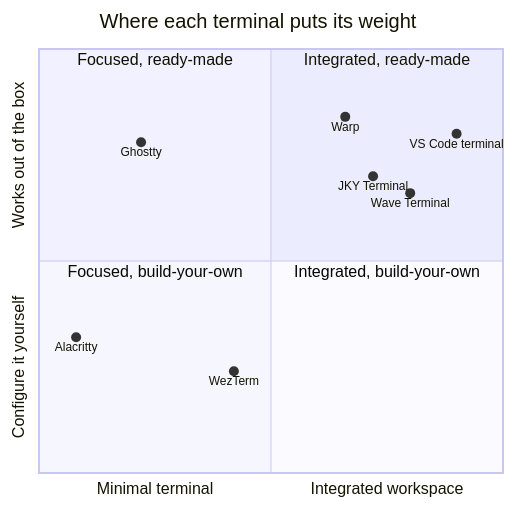
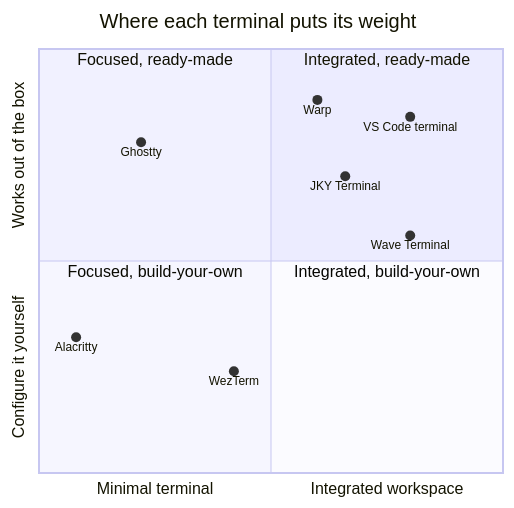
Before and after one commit to kartikeyajay2006/jky-terminal: the diagram in docs/comparison.md, drawn with Mermaid. The commit also changed 29 other files, not shown here.

````diff
--- a/docs/comparison.md
+++ b/docs/comparison.md
@@ -32,17 +32,17 @@
 ```mermaid
 quadrantChart
     title Where each terminal puts its weight
     x-axis Minimal terminal --> Integrated workspace
     y-axis Configure it yourself --> Works out of the box
     quadrant-1 Integrated, ready-made
     quadrant-2 Focused, ready-made
     quadrant-3 Focused, build-your-own
     quadrant-4 Integrated, build-your-own
-    JKY Terminal: [0.72, 0.70]
-    Wave Terminal: [0.80, 0.66]
-    Warp: [0.66, 0.84]
+    JKY Terminal: [0.66, 0.70]
+    Wave Terminal: [0.80, 0.56]
+    Warp: [0.60, 0.88]
     Ghostty: [0.22, 0.78]
     WezTerm: [0.42, 0.24]
     Alacritty: [0.08, 0.32]
-    VS Code terminal: [0.90, 0.80]
+    VS Code terminal: [0.80, 0.84]
 ```
````
